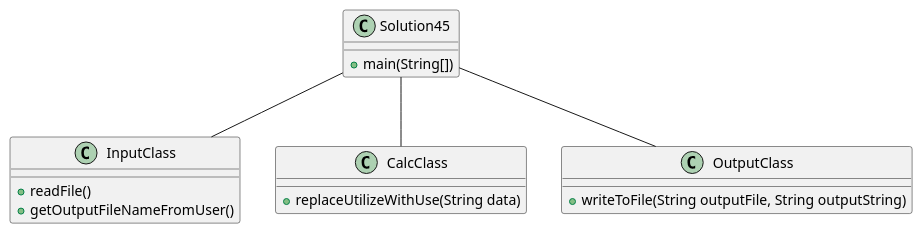
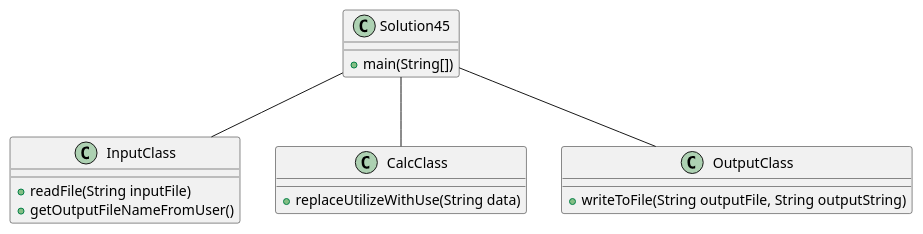
The diagram in exercise45/docs/Class Diagram.puml (BlakeLoch/lochmandy-a04), drawn with PlantUML before and after one commit. The commit also changed 31 other files, not shown here.

```diff
--- a/exercise45/docs/Class Diagram.puml
+++ b/exercise45/docs/Class Diagram.puml
@@ -1,25 +1,25 @@
 @startuml
 
 class InputClass {
-  +readFile()
+  +readFile(String inputFile)
   +getOutputFileNameFromUser()
 }
 
 class CalcClass {
   +replaceUtilizeWithUse(String data)
 }
 
 
 class OutputClass {
   +writeToFile(String outputFile, String outputString)
 }
 
 class Solution45 {
 +main(String[])
 }
 
 Solution45 -- InputClass
 Solution45 -- CalcClass
 Solution45 -- OutputClass
 
 @enduml
```
